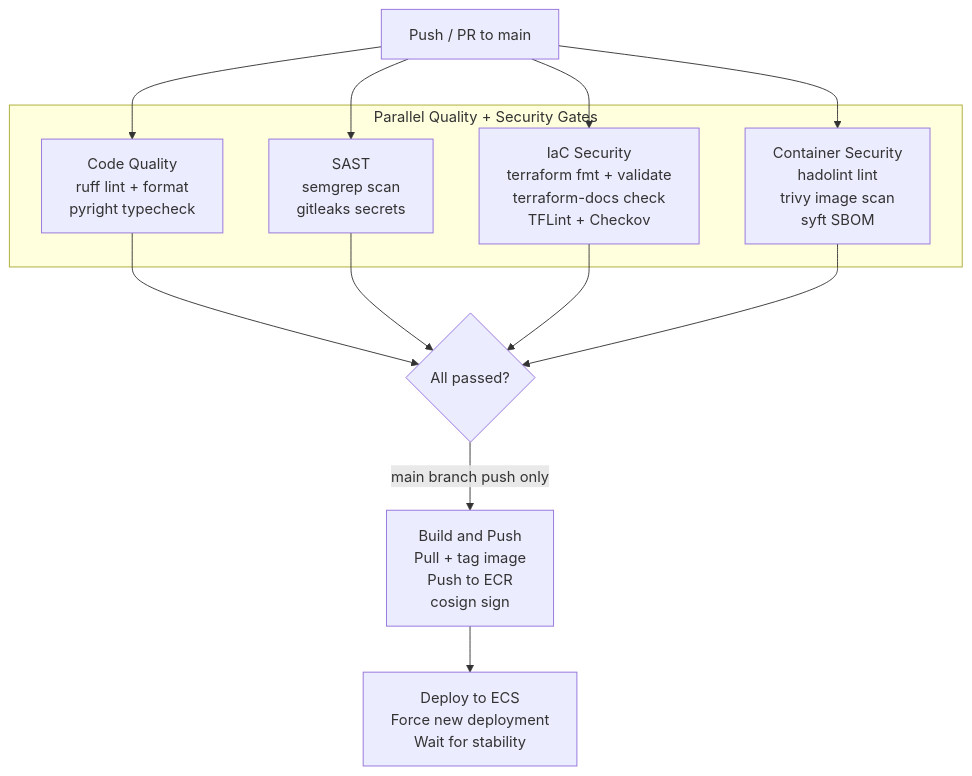
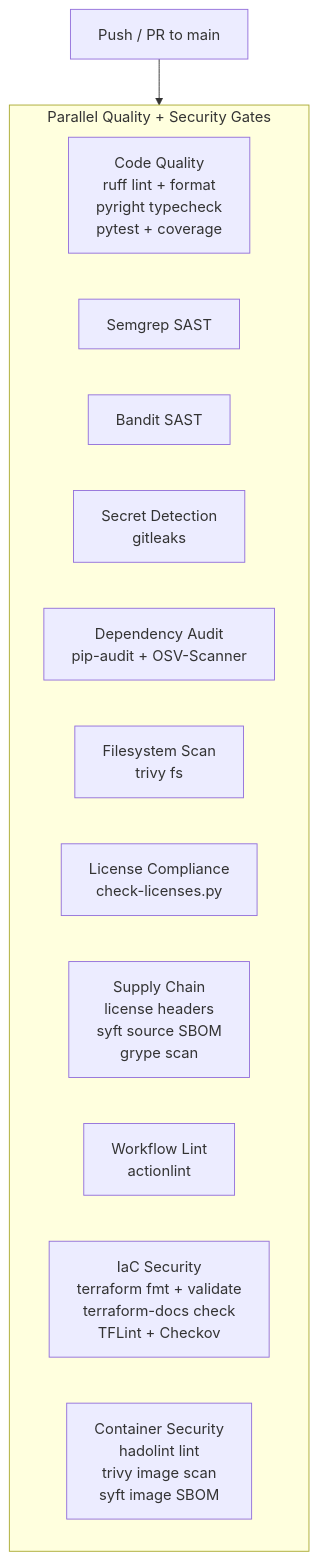
The first of 2 diagrams in docs/src/content/docs/developer-guide/ci-cd.md (theagenticguy/ai-gateway), drawn with Mermaid before and after one commit. The commit also changed other lines of this file and 10 other files, not shown here.

````diff
--- a/docs/src/content/docs/developer-guide/ci-cd.md
+++ b/docs/src/content/docs/developer-guide/ci-cd.md
@@ -13,22 +13,18 @@
 ```mermaid
 flowchart TD
-    trigger[Push / PR to main] --> quality
-    trigger --> sast
-    trigger --> iac
-    trigger --> container
+    trigger[Push / PR to main] --> gates
 
-    subgraph "Parallel Quality + Security Gates"
-        quality[Code Quality<br>ruff lint + format<br>pyright typecheck]
-        sast[SAST<br>semgrep scan<br>gitleaks secrets]
+    subgraph gates["Parallel Quality + Security Gates"]
+        quality[Code Quality<br>ruff lint + format<br>pyright typecheck<br>pytest + coverage]
+        semgrep[Semgrep SAST]
+        bandit[Bandit SAST]
+        gitleaks[Secret Detection<br>gitleaks]
+        deps[Dependency Audit<br>pip-audit + OSV-Scanner]
+        fs[Filesystem Scan<br>trivy fs]
+        licenses[License Compliance<br>check-licenses.py]
+        supply[Supply Chain<br>license headers<br>syft source SBOM<br>grype scan]
+        wflint[Workflow Lint<br>actionlint]
         iac[IaC Security<br>terraform fmt + validate<br>terraform-docs check<br>TFLint + Checkov]
-        container[Container Security<br>hadolint lint<br>trivy image scan<br>syft SBOM]
+        container[Container Security<br>hadolint lint<br>trivy image scan<br>syft image SBOM]
     end
-
-    quality --> gate{All passed?}
-    sast --> gate
-    iac --> gate
-    container --> gate
-
-    gate -->|main branch push only| build[Build and Push<br>Pull + tag image<br>Push to ECR<br>cosign sign]
-    build --> deploy[Deploy to ECS<br>Force new deployment<br>Wait for stability]
 ```
````
